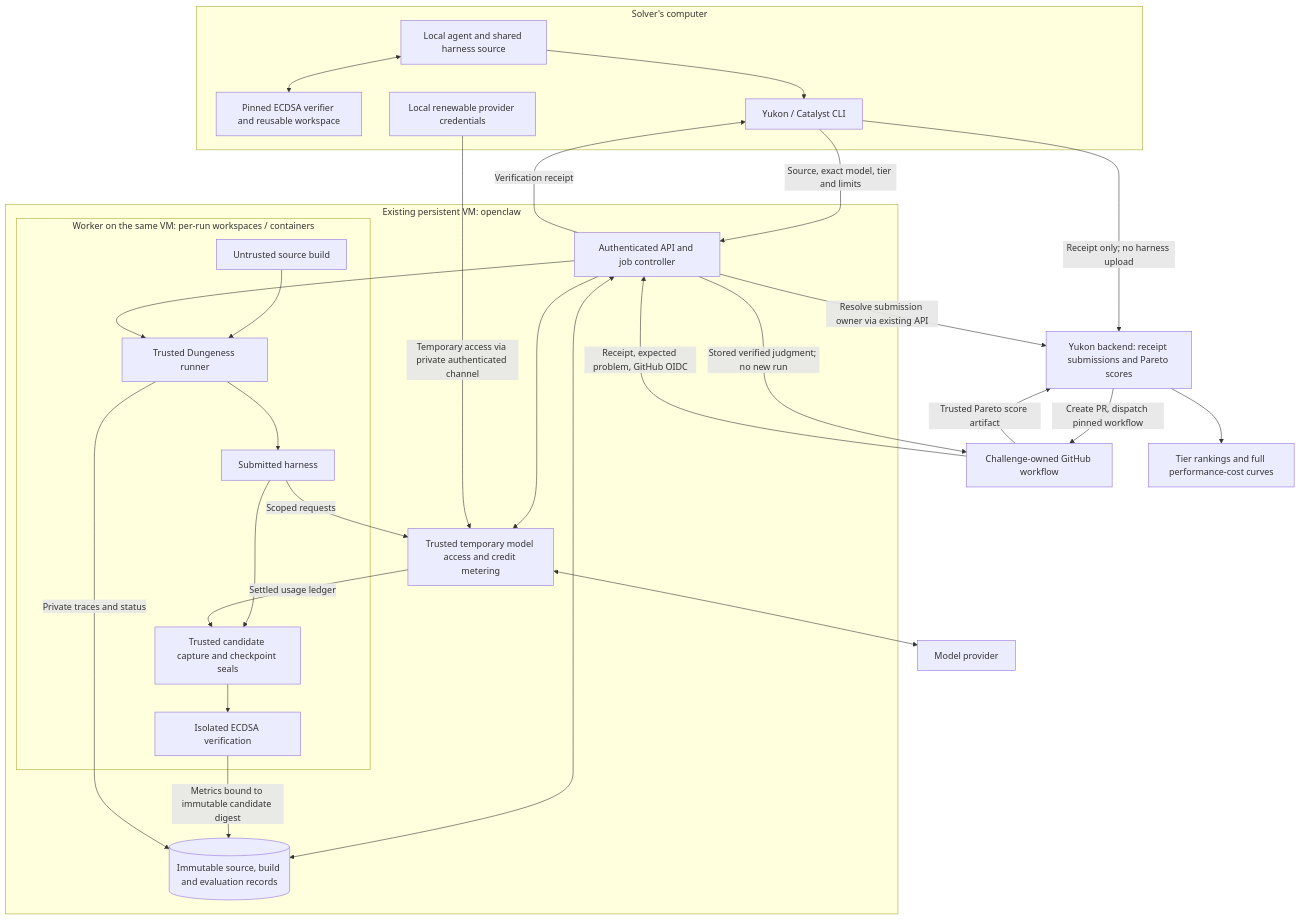
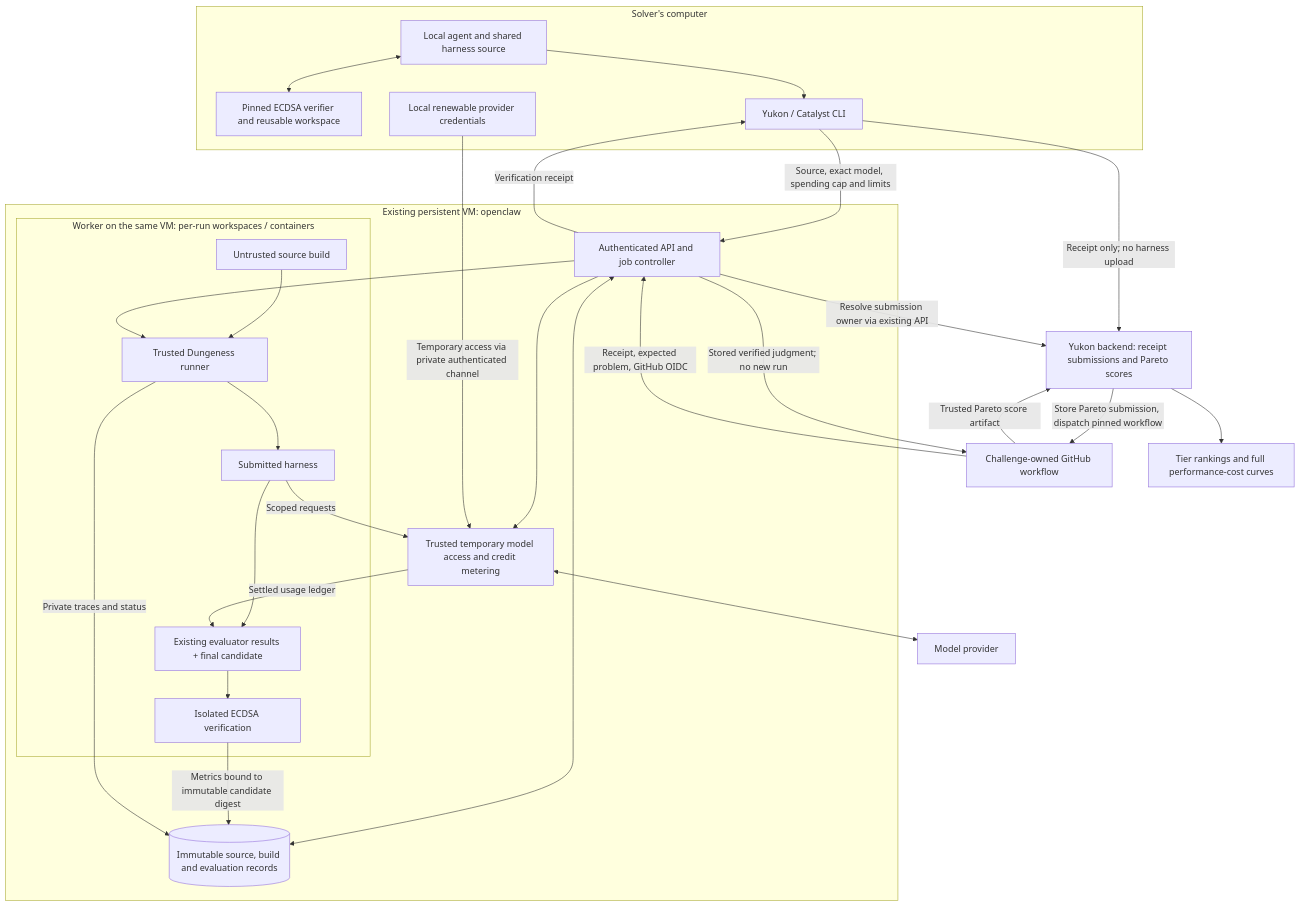
One commit to Layr-Labs/openrsi-space changed the diagram in docs/architecture.md. Above: the diagram before and after it, drawn with Mermaid. The commit also changed other lines of this file and 28 other files, not shown here.

````diff
--- a/docs/architecture.md
+++ b/docs/architecture.md
@@ -16,49 +14,49 @@
 ```mermaid
 flowchart TB
     subgraph LOCAL["Solver's computer"]
         DEV["Local agent and shared harness source"]
         CHECK["Pinned ECDSA verifier and reusable workspace"]
         CLI["Yukon / Catalyst CLI"]
         AUTH["Local renewable provider credentials"]
         DEV <--> CHECK
         DEV --> CLI
     end
     subgraph SERVER["Existing persistent VM: openclaw"]
         API["Authenticated API and job controller"]
         STORE[("Immutable source, build and evaluation records")]
         METER["Trusted temporary model access and credit metering"]
         API <--> STORE
         API --> METER
         subgraph WORKER["Worker on the same VM: per-run workspaces / containers"]
             BUILD["Untrusted source build"]
             RUN["Trusted Dungeness runner"]
             HARNESS["Submitted harness"]
-            CAPTURE["Trusted candidate capture and checkpoint seals"]
+            CAPTURE["Existing evaluator results + final candidate"]
             VERIFY["Isolated ECDSA verification"]
             BUILD --> RUN
             RUN --> HARNESS
             HARNESS --> CAPTURE
             CAPTURE --> VERIFY
         end
     end
     PROVIDER["Model provider"]
     YUKON["Yukon backend: receipt submissions and Pareto scores"]
     GITHUB["Challenge-owned GitHub workflow"]
     UI["Tier rankings and full performance-cost curves"]
-    CLI -->|"Source, exact model, tier and limits"| API
+    CLI -->|"Source, exact model, spending cap and limits"| API
     AUTH -->|"Temporary access via private authenticated channel"| METER
     API --> RUN
     HARNESS -->|"Scoped requests"| METER
     METER <--> PROVIDER
     METER -->|"Settled usage ledger"| CAPTURE
     VERIFY -->|"Metrics bound to immutable candidate digest"| STORE
     RUN -->|"Private traces and status"| STORE
     API -->|"Verification receipt"| CLI
     CLI -->|"Receipt only; no harness upload"| YUKON
-    YUKON -->|"Create PR, dispatch pinned workflow"| GITHUB
+    YUKON -->|"Store Pareto submission, dispatch pinned workflow"| GITHUB
     GITHUB -->|"Receipt, expected problem, GitHub OIDC"| API
     API -->|"Resolve submission owner via existing API"| YUKON
     API -->|"Stored verified judgment; no new run"| GITHUB
     GITHUB -->|"Trusted Pareto score artifact"| YUKON
     YUKON --> UI
 ```
````
